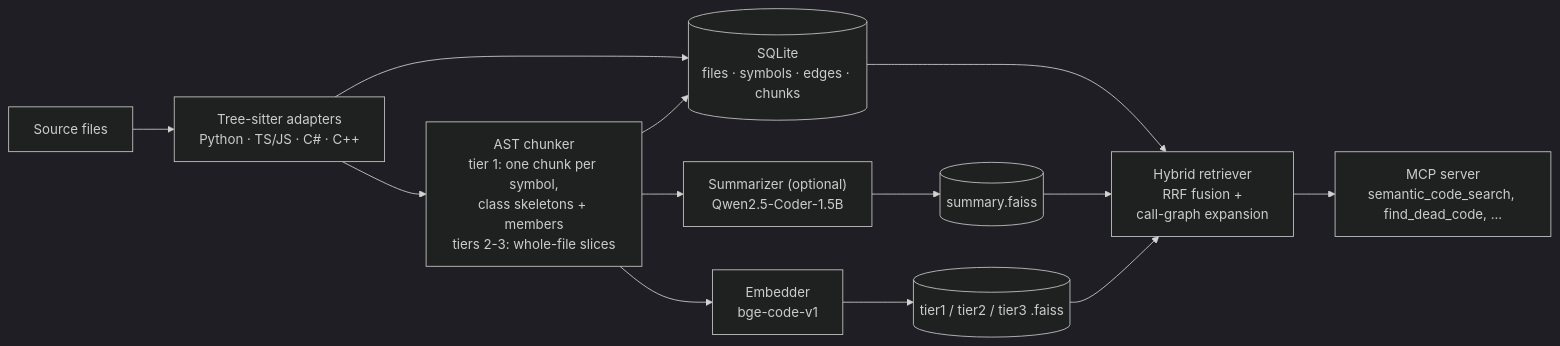
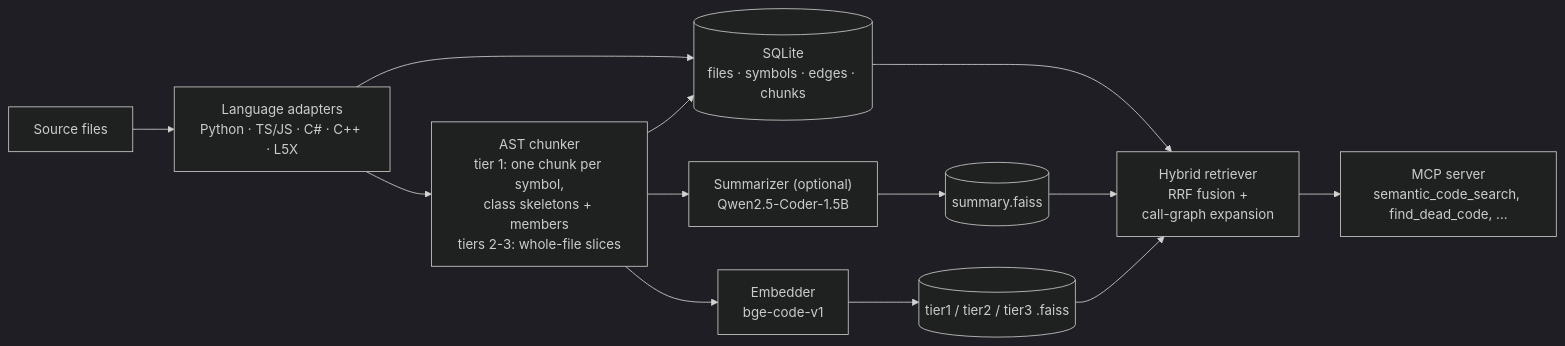
One commit to ethanblauw21/codebase-indexer changed the diagram in README.md. Above: the diagram before and after it, drawn with Mermaid (dark theme). The commit also changed other lines of this file and 10 other files, not shown here.

First line of the commit message:
Docs: README, roadmap, handoff, ADR-030's stale gain, backlog statuses (#60, #61, #58)

````diff
--- a/README.md
+++ b/README.md
@@ -47,15 +47,15 @@
 ```mermaid
 flowchart LR
-    A[Source files] --> B["Tree-sitter adapters<br/>Python · TS/JS · C# · C++"]
+    A[Source files] --> B["Language adapters<br/>Python · TS/JS · C# · C++ · L5X"]
     B --> C["AST chunker<br/>tier 1: one chunk per symbol,<br/>class skeletons + members<br/>tiers 2-3: whole-file slices"]
     B --> D[("SQLite<br/>files · symbols · edges · chunks")]
     C --> D
     C --> E["Summarizer (optional)<br/>Qwen2.5-Coder-1.5B"]
     C --> F["Embedder<br/>bge-code-v1"]
     E --> G[("summary.faiss")]
     F --> H[("tier1 / tier2 / tier3 .faiss")]
     D --> I["Hybrid retriever<br/>RRF fusion +<br/>call-graph expansion"]
     G --> I
     H --> I
     I --> J["MCP server<br/>semantic_code_search, find_dead_code, ..."]
 ```
````
